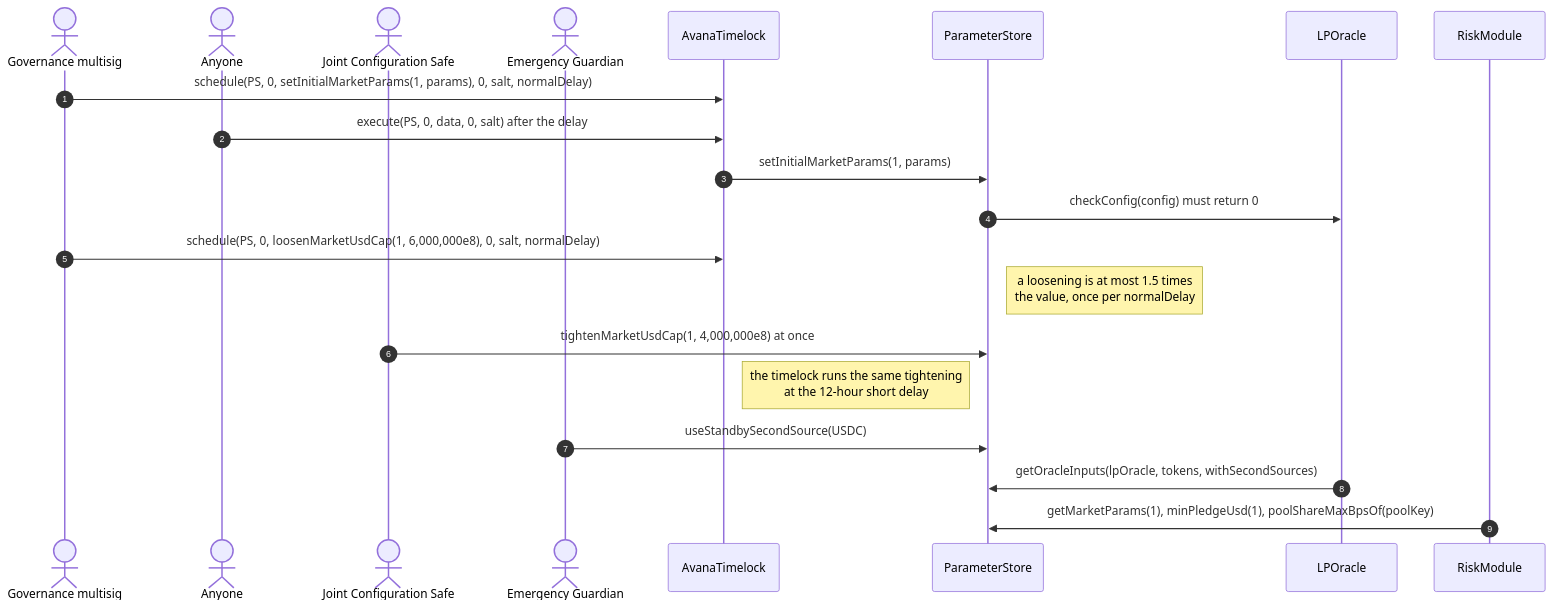
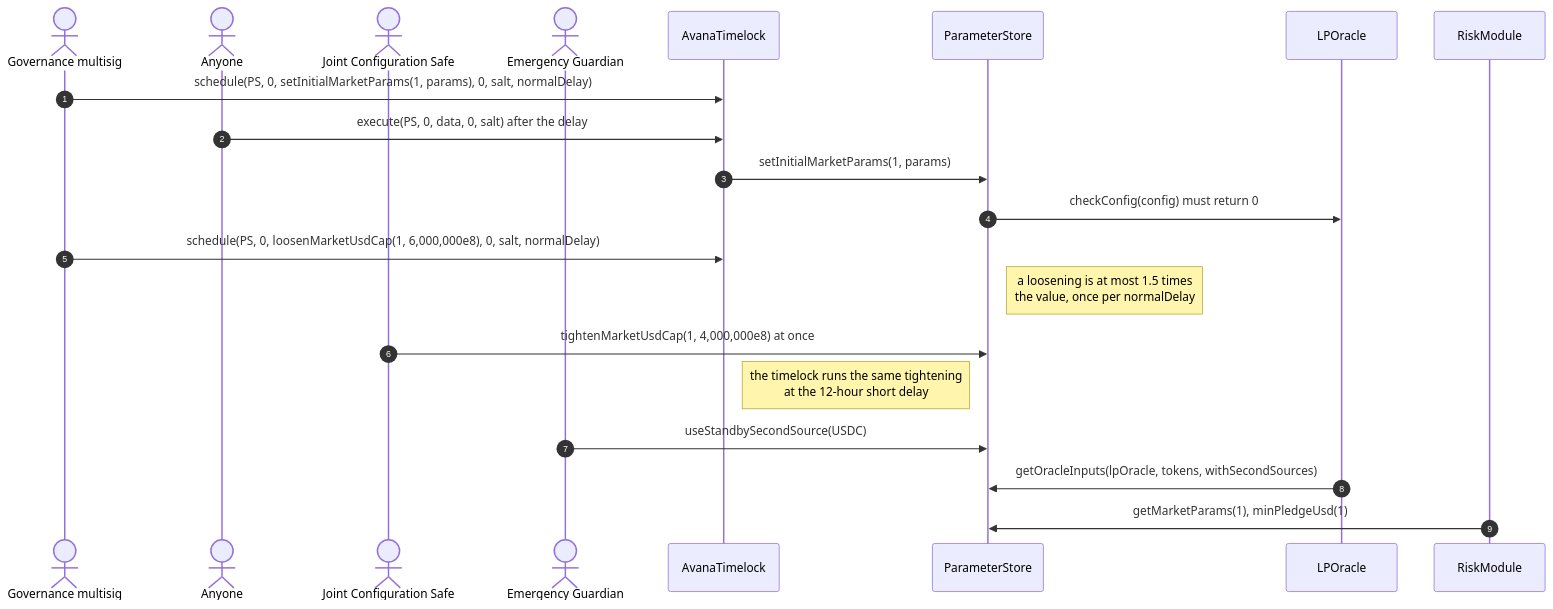
The diagram in contracts/src/policy/parameter-store/LIFECYCLE.md (Avana-Labs/avana-monorepo), drawn with Mermaid before and after one commit. The commit also changed other lines of this file and 123 other files, not shown here.

````diff
--- a/contracts/src/policy/parameter-store/LIFECYCLE.md
+++ b/contracts/src/policy/parameter-store/LIFECYCLE.md
@@ -5,23 +5,23 @@
 ```mermaid
 sequenceDiagram
   autonumber
   actor M as Governance multisig
   actor A as Anyone
   actor J as Joint Configuration Safe
   actor G as Emergency Guardian
   participant TL as AvanaTimelock
   participant PS as ParameterStore
   participant O as LPOracle
   participant RM as RiskModule
   M->>TL: schedule(PS, 0, setInitialMarketParams(1, params), 0, salt, normalDelay)
   A->>TL: execute(PS, 0, data, 0, salt) after the delay
   TL->>PS: setInitialMarketParams(1, params)
   PS->>O: checkConfig(config) must return 0
   M->>TL: schedule(PS, 0, loosenMarketUsdCap(1, 6,000,000e8), 0, salt, normalDelay)
   Note right of PS: a loosening is at most 1.5 times<br/>the value, once per normalDelay
   J->>PS: tightenMarketUsdCap(1, 4,000,000e8) at once
   Note right of TL: the timelock runs the same tightening<br/>at the 12-hour short delay
   G->>PS: useStandbySecondSource(USDC)
   O->>PS: getOracleInputs(lpOracle, tokens, withSecondSources)
-  RM->>PS: getMarketParams(1), minPledgeUsd(1), poolShareMaxBpsOf(poolKey)
+  RM->>PS: getMarketParams(1), minPledgeUsd(1)
 ```
````
